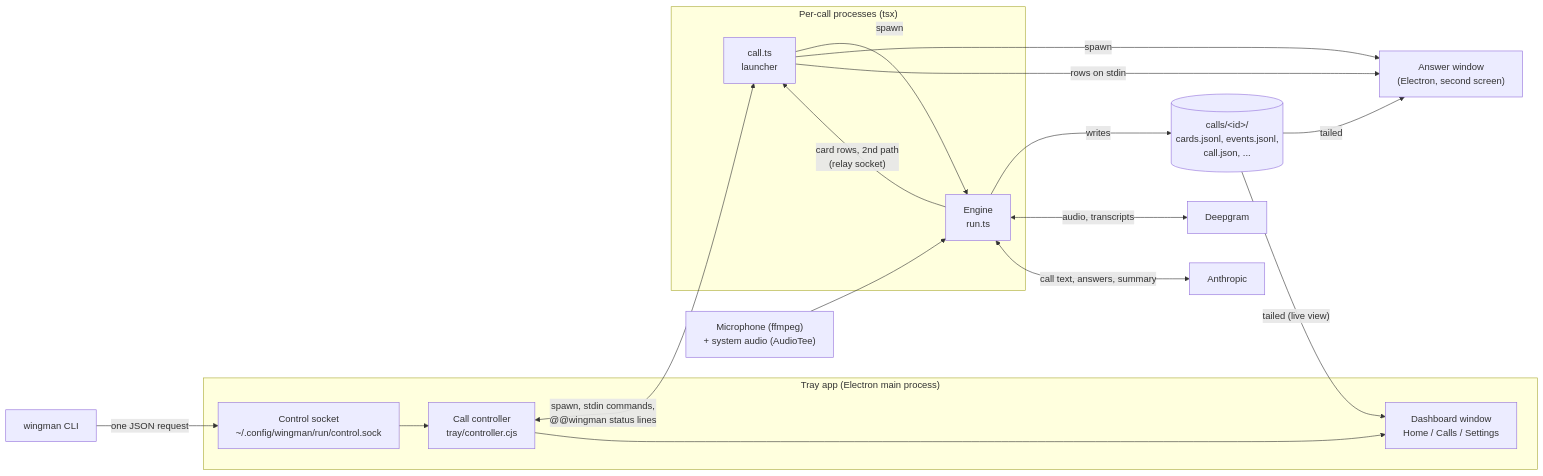
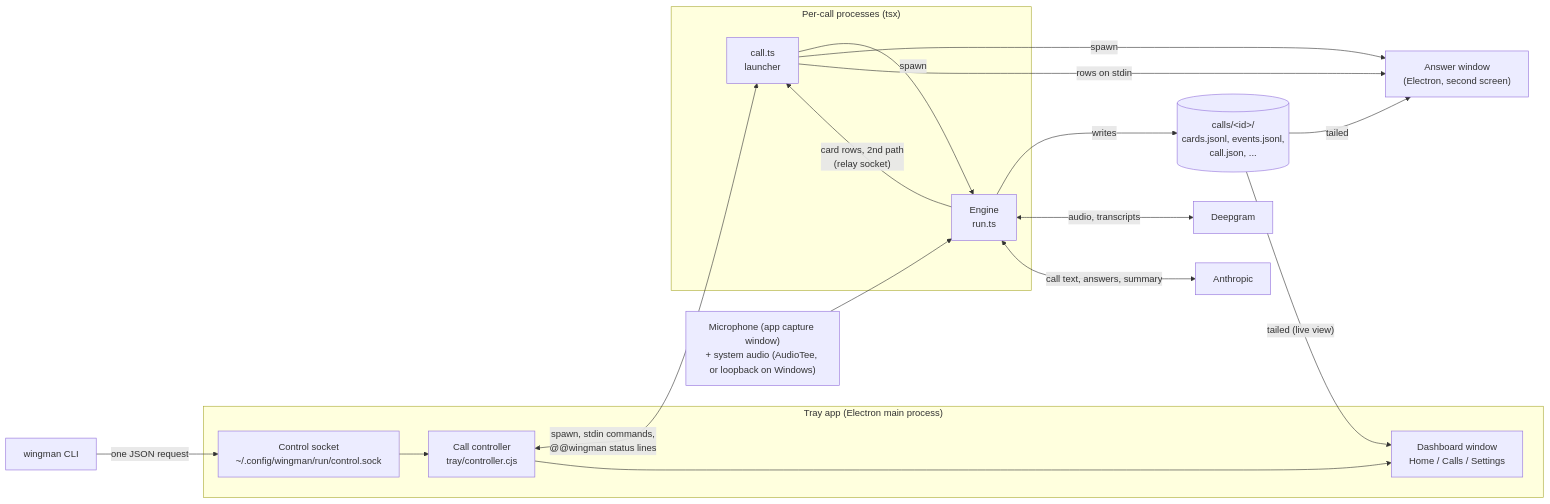
Before and after one commit to koren850/wingman: the diagram in docs/ARCHITECTURE.md, drawn with Mermaid. The commit also changed other lines of this file and 38 other files, not shown here.

````diff
--- a/docs/ARCHITECTURE.md
+++ b/docs/ARCHITECTURE.md
@@ -22,25 +22,25 @@
 ```mermaid
 flowchart LR
   subgraph APP["Tray app (Electron main process)"]
     CTL["Call controller<br/>tray/controller.cjs"]
     WIN["Dashboard window<br/>Home / Calls / Settings"]
     SOCK["Control socket<br/>~/.config/wingman/run/control.sock"]
   end
   CLI["wingman CLI"] -->|"one JSON request"| SOCK --> CTL
   CTL <-->|"spawn, stdin commands,<br/>@@wingman status lines"| CALL
   CTL --> WIN
   subgraph PER["Per-call processes (tsx)"]
     CALL["call.ts<br/>launcher"]
     ENG["Engine<br/>run.ts"]
   end
   CALL -->|spawn| ENG
   CALL -->|spawn| OVL["Answer window<br/>(Electron, second screen)"]
   ENG -->|"card rows, 2nd path<br/>(relay socket)"| CALL
   CALL -->|"rows on stdin"| OVL
   ENG -->|"writes"| FILES[("calls/&lt;id&gt;/<br/>cards.jsonl, events.jsonl,<br/>call.json, ...")]
   FILES -->|"tailed"| OVL
   FILES -->|"tailed (live view)"| WIN
-  MIC["Microphone (ffmpeg)<br/>+ system audio (AudioTee)"] --> ENG
+  MIC["Microphone (app capture window)<br/>+ system audio (AudioTee, or loopback on Windows)"] --> ENG
   ENG <-->|"audio, transcripts"| DG["Deepgram"]
   ENG <-->|"call text, answers, summary"| AN["Anthropic"]
 ```
````
